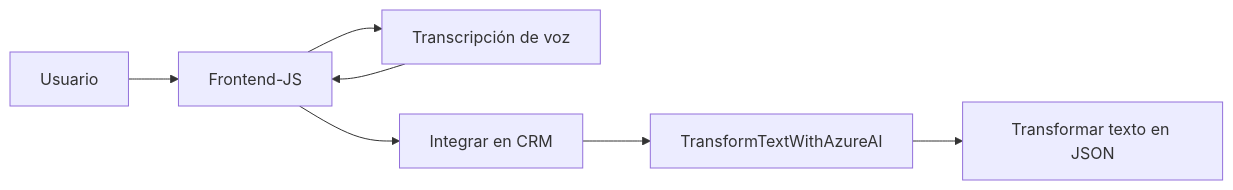
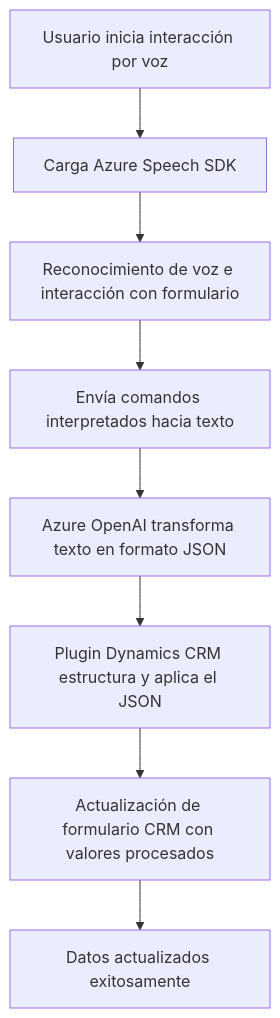
The diagram in README.md (blopezdm/NETCORE_BILBAO2025), drawn with Mermaid before and after one commit. The commit also changed other lines of this file, not shown here.

Commit message:
Actualizar análisis global de la solución con IA

````diff
--- a/README.md
+++ b/README.md
@@ -36,15 +73,11 @@
 ```mermaid
-graph LR
-    A["Usuario"]
-    B["Frontend-JS"]
-    C["Azure-Speech-SDK"]
-    D["Azure-OpenAI"]
-    E["Dynamics-CRM"]
-    F["CSharp-Plugin"]
-    A --> B
-    B --> C["Transcripción de voz"]
-    C --> B
-    B --> E["Integrar en CRM"]
-    E --> F["TransformTextWithAzureAI"]
-    F --> D["Transformar texto en JSON"]
+graph TD
+    Start["Usuario inicia interacción por voz"]
+    Start --> SDK_Carga["Carga Azure Speech SDK"]
+    SDK_Carga --> VoiceInput["Reconocimiento de voz e interacción con formulario"]
+    VoiceInput --> TextProcessing["Envía comandos interpretados hacia texto"]
+    TextProcessing --> AzureOpenAI["Azure OpenAI transforma texto en formato JSON"]
+    AzureOpenAI --> TransformPlugin["Plugin Dynamics CRM estructura y aplica el JSON"]
+    TransformPlugin --> FormUpdate["Actualización de formulario CRM con valores procesados"]
+    FormUpdate --> End["Datos actualizados exitosamente"]
 ```
````
